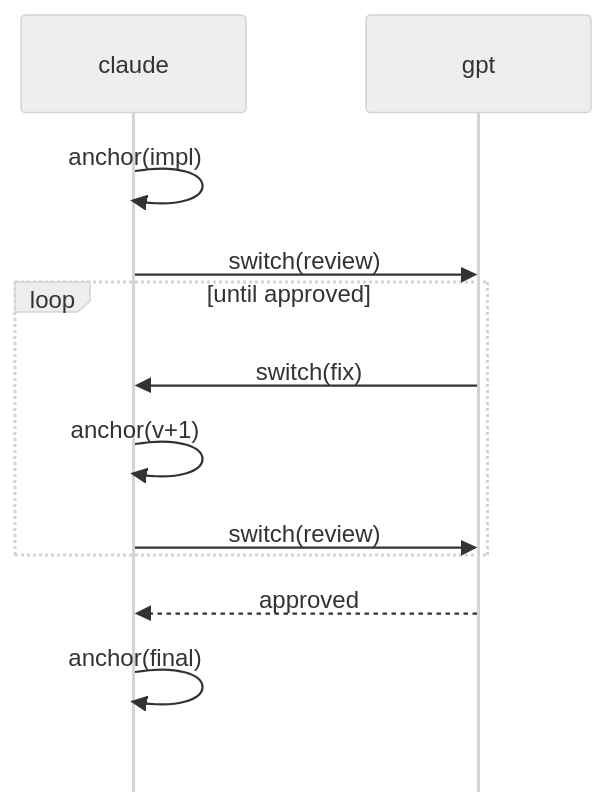
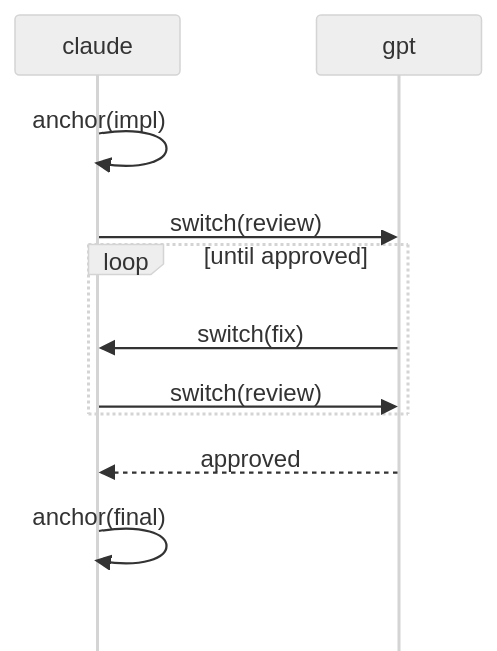
Before and after one commit to tshu-w/pi-control: the diagram in README.md, drawn with Mermaid. The commit also changed other lines of this file, not shown here.

Commit message:
docs(readme): link upstream tracking issue for the hack

````diff
--- a/README.md
+++ b/README.md
@@ -32,16 +32,15 @@
 ```mermaid
-%%{init: {'theme':'neutral','sequence':{'mirrorActors':false,'actorMargin':80,'messageMargin':25,'boxMargin':5,'noteMargin':5}}}%%
+%%{init: {'theme':'neutral','sequence':{'mirrorActors':false,'actorMargin':80,'messageMargin':25,'boxMargin':5,'noteMargin':5,'width':110,'height':40}}}%%
 sequenceDiagram
     participant claude
     participant gpt
 
     claude->>claude: anchor(impl)
     claude->>gpt: switch(review)
     loop until approved
         gpt->>claude: switch(fix)
-        claude->>claude: anchor(v+1)
         claude->>gpt: switch(review)
     end
     gpt-->>claude: approved
     claude->>claude: anchor(final)
 ```
````
